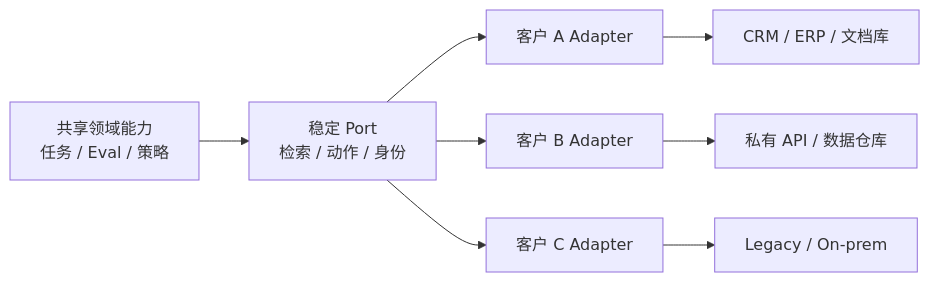
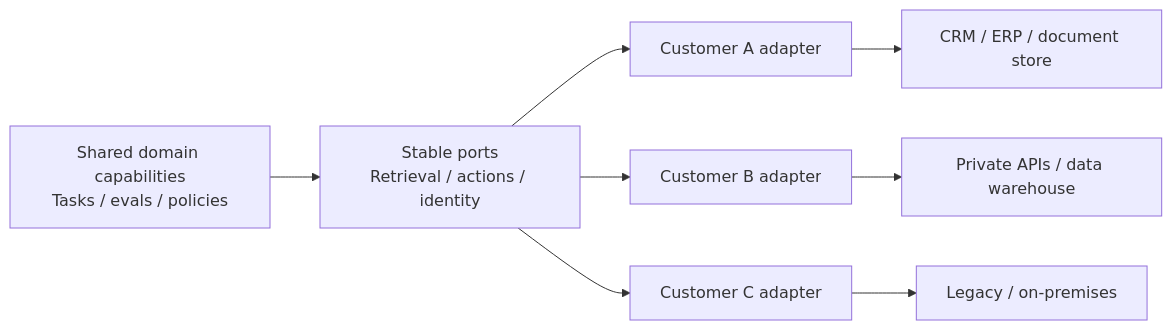
One commit to oneleaveknowsthefall/awesome-ai-roadmap changed the third of 5 diagrams in docs/fde/01-foundations/01-forward-deployed-engineering.md. Above: the diagram before and after it, drawn with Mermaid. The commit also changed other lines of this file and 82 other files, not shown here.

````diff
--- a/docs/fde/01-foundations/01-forward-deployed-engineering.md
+++ b/docs/fde/01-foundations/01-forward-deployed-engineering.md
@@ -217,10 +217,10 @@
 ```mermaid
 flowchart LR
-    CORE["共享领域能力<br/>任务 / Eval / 策略"] --> PORT["稳定 Port<br/>检索 / 动作 / 身份"]
-    PORT --> A1["客户 A Adapter"]
-    PORT --> A2["客户 B Adapter"]
-    PORT --> A3["客户 C Adapter"]
-    A1 --> S1["CRM / ERP / 文档库"]
-    A2 --> S2["私有 API / 数据仓库"]
-    A3 --> S3["Legacy / On-prem"]
+    CORE["Shared domain capabilities<br/>Tasks / evals / policies"] --> PORT["Stable ports<br/>Retrieval / actions / identity"]
+    PORT --> A1["Customer A adapter"]
+    PORT --> A2["Customer B adapter"]
+    PORT --> A3["Customer C adapter"]
+    A1 --> S1["CRM / ERP / document store"]
+    A2 --> S2["Private APIs / data warehouse"]
+    A3 --> S3["Legacy / on-premises"]
 ```
````
